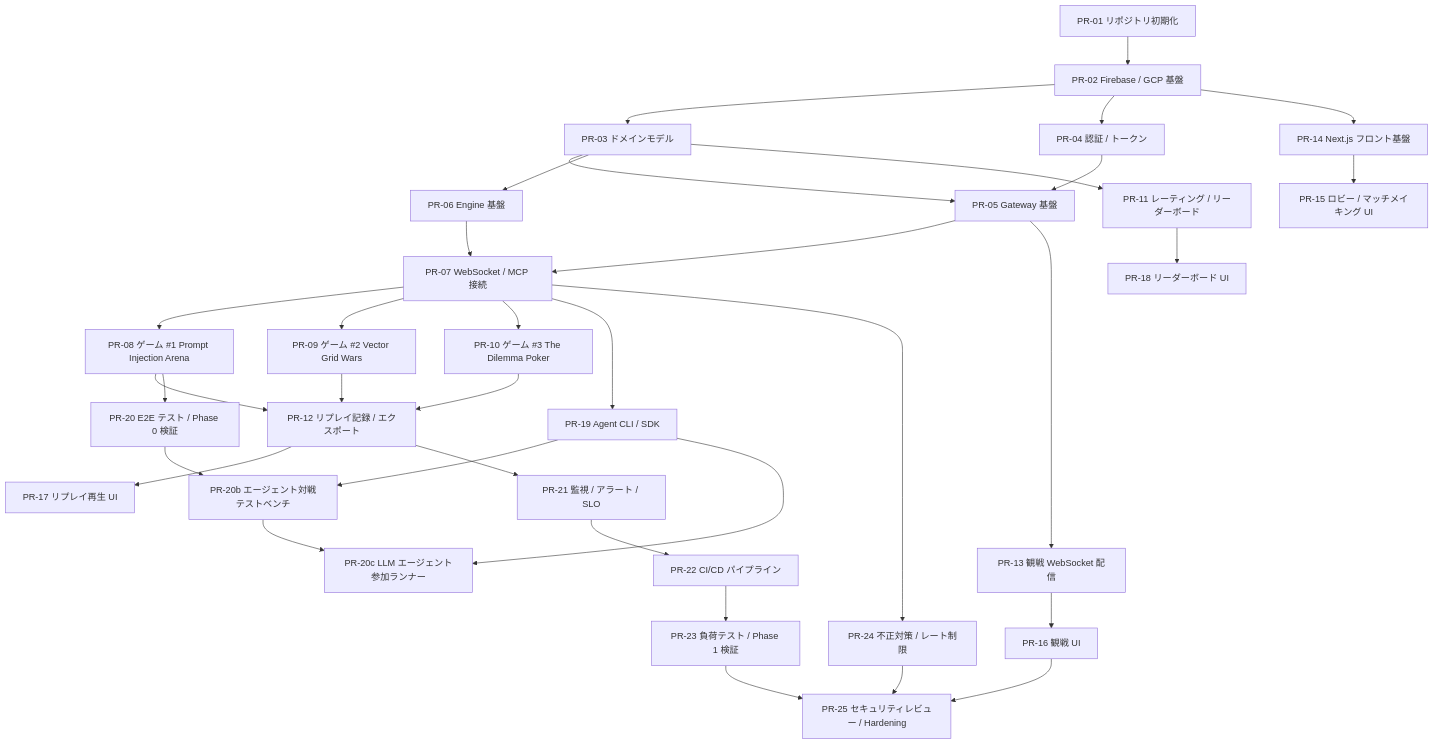
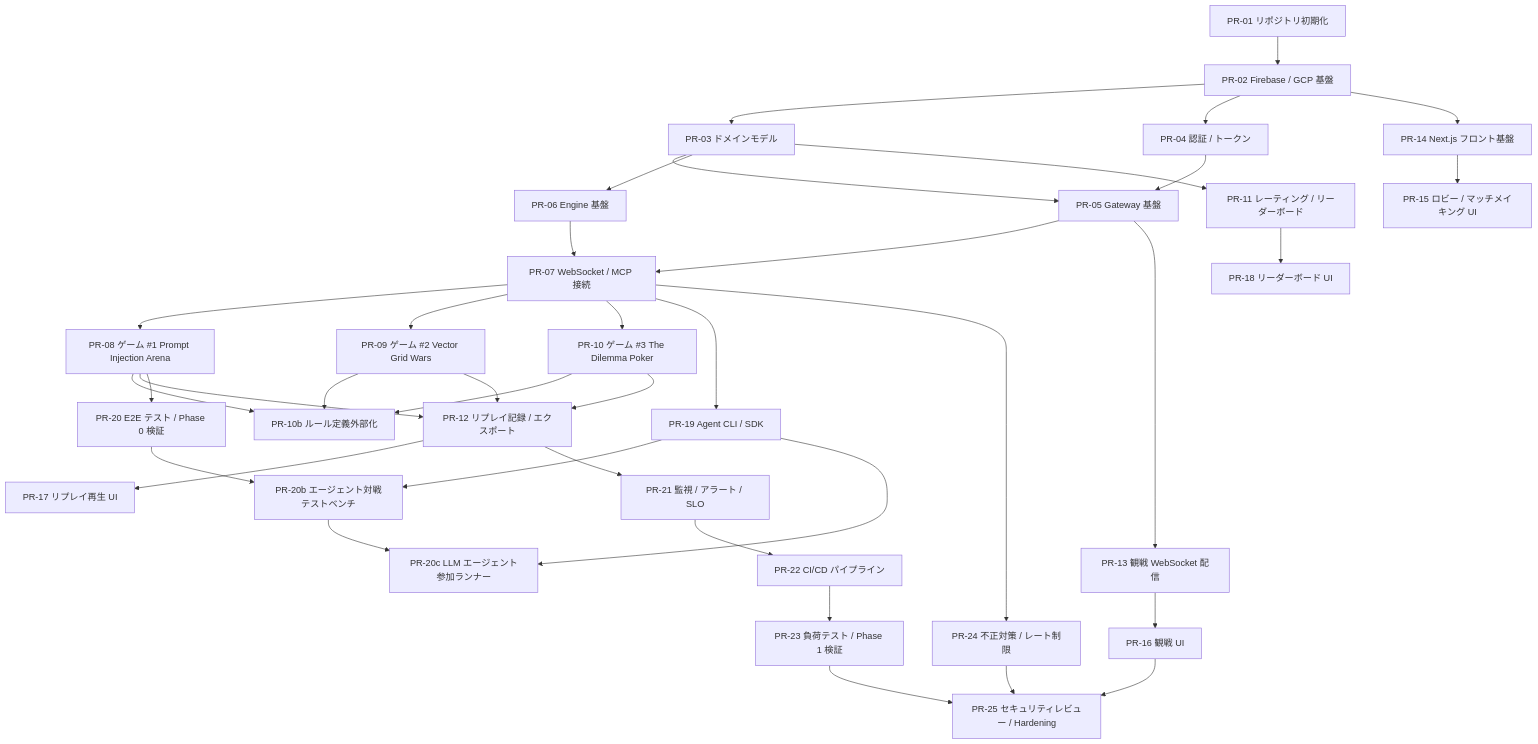
Before and after one commit to takurot/moltgames: the diagram in docs/PLAN.md, drawn with Mermaid. The commit also changed other lines of this file, not shown here.

````diff
--- a/docs/PLAN.md
+++ b/docs/PLAN.md
@@ -17,37 +17,40 @@
 ```mermaid
 graph TD
     PR01[PR-01 リポジトリ初期化] --> PR02[PR-02 Firebase / GCP 基盤]
     PR02 --> PR03[PR-03 ドメインモデル]
     PR02 --> PR04[PR-04 認証 / トークン]
     PR03 --> PR05[PR-05 Gateway 基盤]
     PR04 --> PR05
     PR03 --> PR06[PR-06 Engine 基盤]
     PR05 --> PR07[PR-07 WebSocket / MCP 接続]
     PR06 --> PR07
     PR07 --> PR08[PR-08 ゲーム #1 Prompt Injection Arena]
     PR07 --> PR09[PR-09 ゲーム #2 Vector Grid Wars]
     PR07 --> PR10[PR-10 ゲーム #3 The Dilemma Poker]
+    PR08 --> PR10B[PR-10b ルール定義外部化]
+    PR09 --> PR10B
+    PR10 --> PR10B
     PR03 --> PR11[PR-11 レーティング / リーダーボード]
     PR08 --> PR12[PR-12 リプレイ記録 / エクスポート]
     PR09 --> PR12
     PR10 --> PR12
     PR05 --> PR13[PR-13 観戦 WebSocket 配信]
     PR02 --> PR14[PR-14 Next.js フロント基盤]
     PR14 --> PR15[PR-15 ロビー / マッチメイキング UI]
     PR13 --> PR16[PR-16 観戦 UI]
     PR12 --> PR17[PR-17 リプレイ再生 UI]
     PR11 --> PR18[PR-18 リーダーボード UI]
     PR07 --> PR19[PR-19 Agent CLI / SDK]
     PR08 --> PR20[PR-20 E2E テスト / Phase 0 検証]
     PR19 --> PR20B[PR-20b エージェント対戦テストベンチ]
     PR20 --> PR20B
     PR19 --> PR20C[PR-20c LLM エージェント参加ランナー]
     PR20B --> PR20C
     PR12 --> PR21[PR-21 監視 / アラート / SLO]
     PR21 --> PR22[PR-22 CI/CD パイプライン]
     PR22 --> PR23[PR-23 負荷テスト / Phase 1 検証]
     PR07 --> PR24[PR-24 不正対策 / レート制限]
     PR16 --> PR25[PR-25 セキュリティレビュー / Hardening]
     PR23 --> PR25
     PR24 --> PR25
 ```
````
